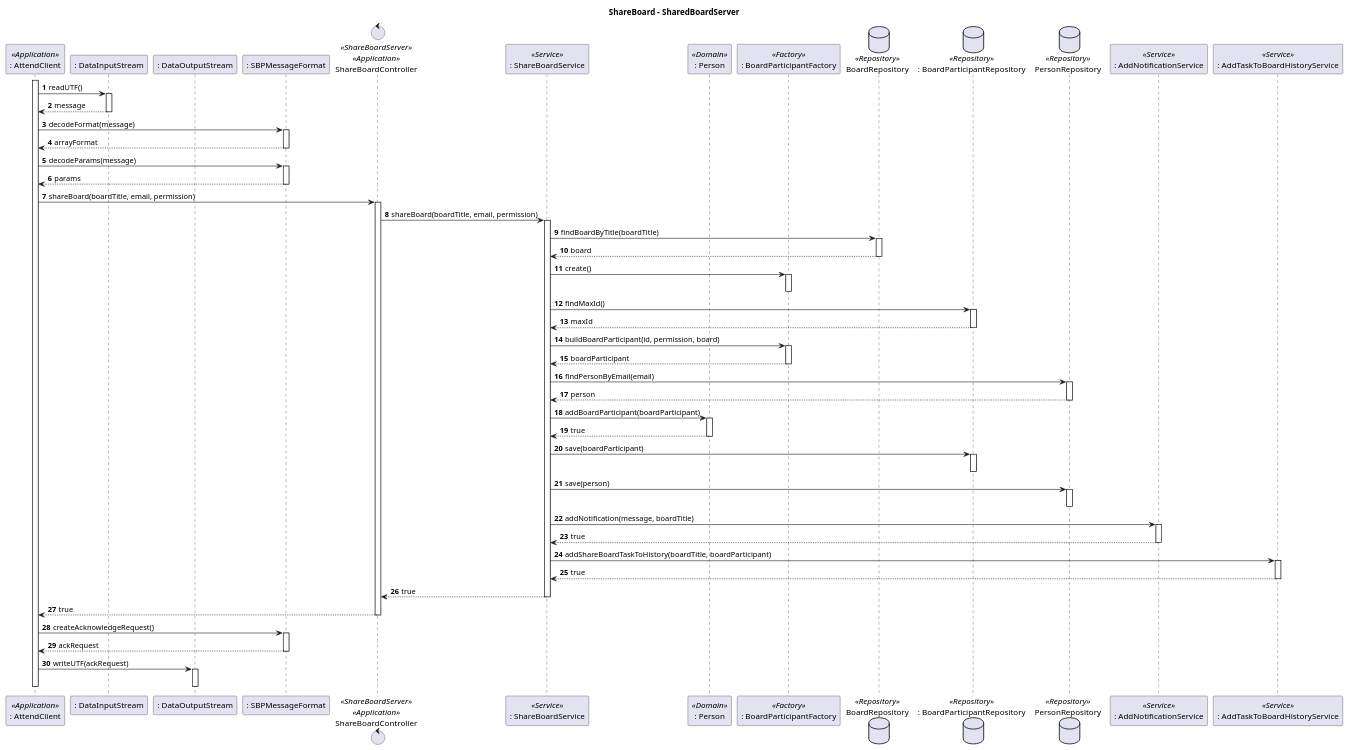
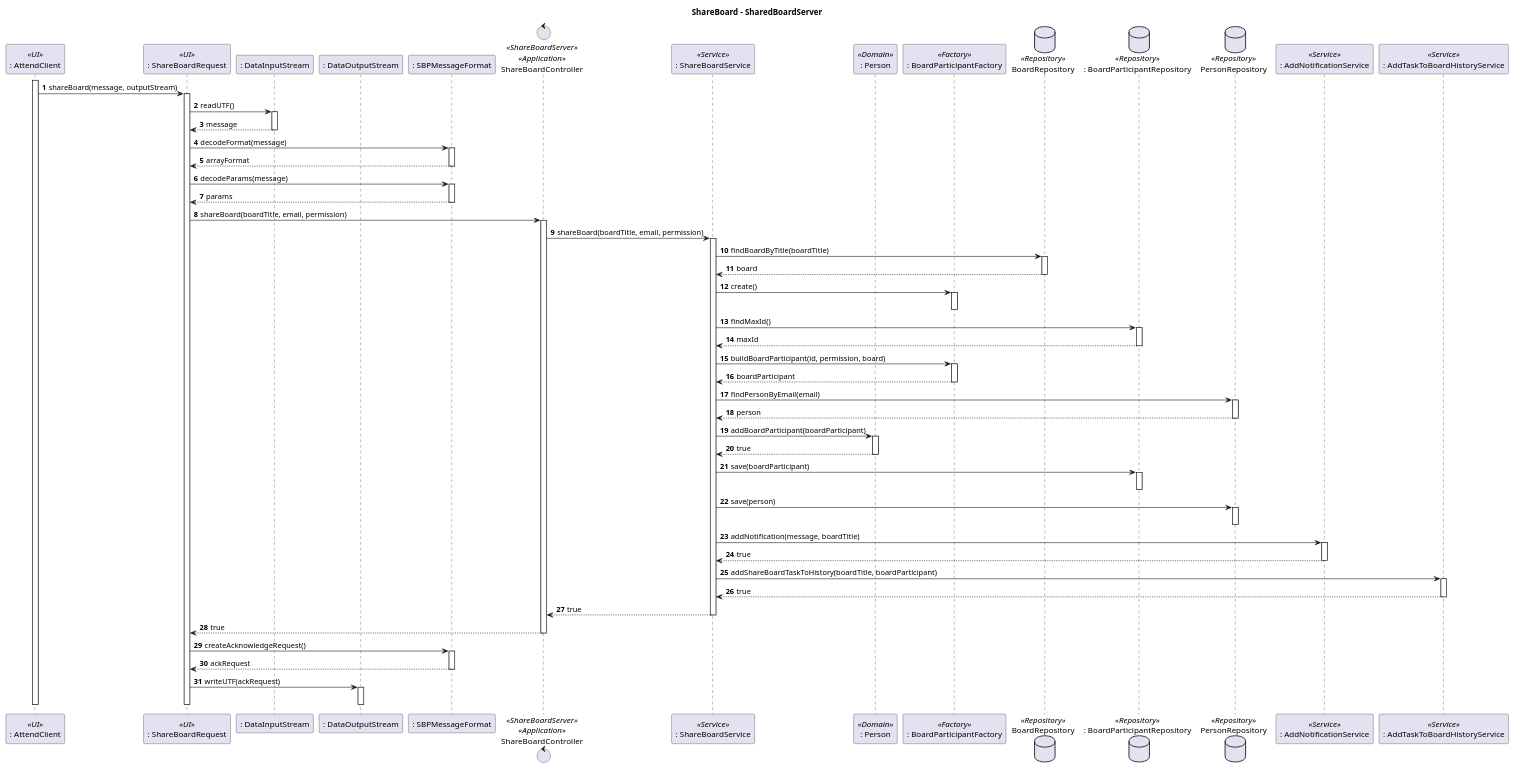
The diagram in docs/Sprint_C/us_3004/us_3004_SD_SharedBoardServer.puml (Marco-Nobrega-Andrade/sem4pi_22_23), drawn with PlantUML before and after one commit. The commit also changed 1 other file, not shown here.

Commit message:
[US_3004][Design] - Corrected SD. AttendClient now calls ShareBoardRequest

```diff
--- a/docs/Sprint_C/us_3004/us_3004_SD_SharedBoardServer.puml
+++ b/docs/Sprint_C/us_3004/us_3004_SD_SharedBoardServer.puml
@@ -1,75 +1,78 @@
 @startuml
 autonumber
 title ShareBoard - SharedBoardServer
 
-participant ": AttendClient" as AC <<Application>>
+participant ": AttendClient" as UI <<UI>>
+participant ": ShareBoardRequest" as SBR <<UI>>
 participant ": DataInputStream" as DIS
 participant ": DataOutputStream" as DOS
 participant ": SBPMessageFormat" as SBPMF
 control "ShareBoardController" as CTRL <<ShareBoardServer>> <<Application>>
 participant ": ShareBoardService" as SBS <<Service>>
 participant ": Person" as P <<Domain>>
 participant ": BoardParticipantFactory" as BPF <<Factory>>
 database BoardRepository as BR <<Repository>>
 database ": BoardParticipantRepository" as BPR <<Repository>>
 database PersonRepository as PR <<Repository>>
 participant ": AddNotificationService" as ANS <<Service>>
 participant ": AddTaskToBoardHistoryService" as ATTBHS <<Service>>
-activate AC
-AC -> DIS : readUTF()
+activate UI
+UI -> SBR : shareBoard(message, outputStream)
+activate SBR
+SBR -> DIS : readUTF()
 activate DIS
 return message
-AC -> SBPMF : decodeFormat(message)
+SBR -> SBPMF : decodeFormat(message)
 activate SBPMF
 return arrayFormat
-AC -> SBPMF : decodeParams(message)
+SBR -> SBPMF : decodeParams(message)
 activate SBPMF
 return params
-AC -> CTRL : shareBoard(boardTitle, email, permission)
+SBR -> CTRL : shareBoard(boardTitle, email, permission)
 activate CTRL
 CTRL -> SBS : shareBoard(boardTitle, email, permission)
 activate SBS
 SBS -> BR : findBoardByTitle(boardTitle)
 activate BR
 return board
 SBS -> BPF : create()
 activate BPF
 deactivate BPF
 SBS -> BPR : findMaxId()
 activate BPR
 return maxId
 SBS -> BPF : buildBoardParticipant(id, permission, board)
 activate BPF
 return boardParticipant
 SBS -> PR : findPersonByEmail(email)
 activate PR
 return person
 deactivate PR
 SBS -> P : addBoardParticipant(boardParticipant)
 activate P
 return true
 SBS -> BPR : save(boardParticipant)
 activate BPR
 deactivate BPR
 SBS -> PR : save(person)
 activate PR
 deactivate PR
 SBS -> ANS : addNotification(message, boardTitle)
 activate ANS
 return true
 SBS -> ATTBHS : addShareBoardTaskToHistory(boardTitle, boardParticipant)
 activate ATTBHS
 return true
 SBS --> CTRL : true
 deactivate SBS
-CTRL --> AC : true
+CTRL --> SBR : true
 deactivate CTRL
-AC -> SBPMF : createAcknowledgeRequest()
+SBR -> SBPMF : createAcknowledgeRequest()
 activate SBPMF
 return ackRequest
-AC -> DOS : writeUTF(ackRequest)
+SBR -> DOS : writeUTF(ackRequest)
 activate DOS
 deactivate DOS
-deactivate AC
-
+deactivate SBR
+deactivate UI
 @enduml
```
